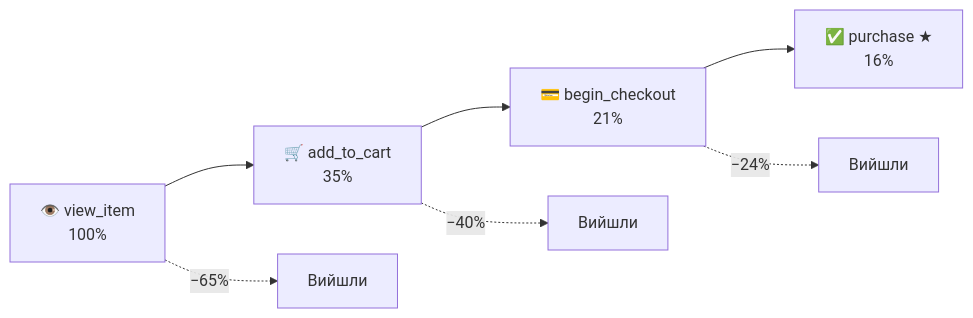
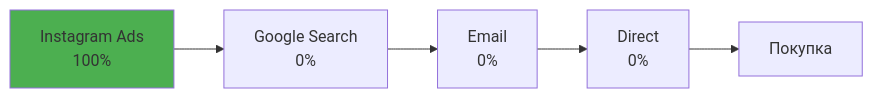
One commit to olroi421/course-seo changed the third of 6 diagrams in presentations/presentation-10.md. Above: the diagram before and after it, drawn with Mermaid. The commit also changed other lines of this file and 1 other file, not shown here.

First line of the commit message:
Enhance GA4 presentations with content & diagrams

````diff
--- a/presentations/presentation-10.md
+++ b/presentations/presentation-10.md
@@ -203,10 +204,8 @@
 ```mermaid
 graph LR
-    A[👁️ view_item\n100%] --> B[🛒 add_to_cart\n35%]
-    B --> C[💳 begin_checkout\n21%]
-    C --> D[✅ purchase ★\n16%]
-
-    A -.->|−65%| X1[Вийшли]
-    B -.->|−40%| X2[Вийшли]
-    C -.->|−24%| X3[Вийшли]
+    A[Instagram Ads<br/>100%] --> B[Google Search<br/>0%]
+    B --> C[Email<br/>0%]
+    C --> D[Direct<br/>0%]
+    D --> E[Покупка]
+    style A fill:#4CAF50
 ```
````
